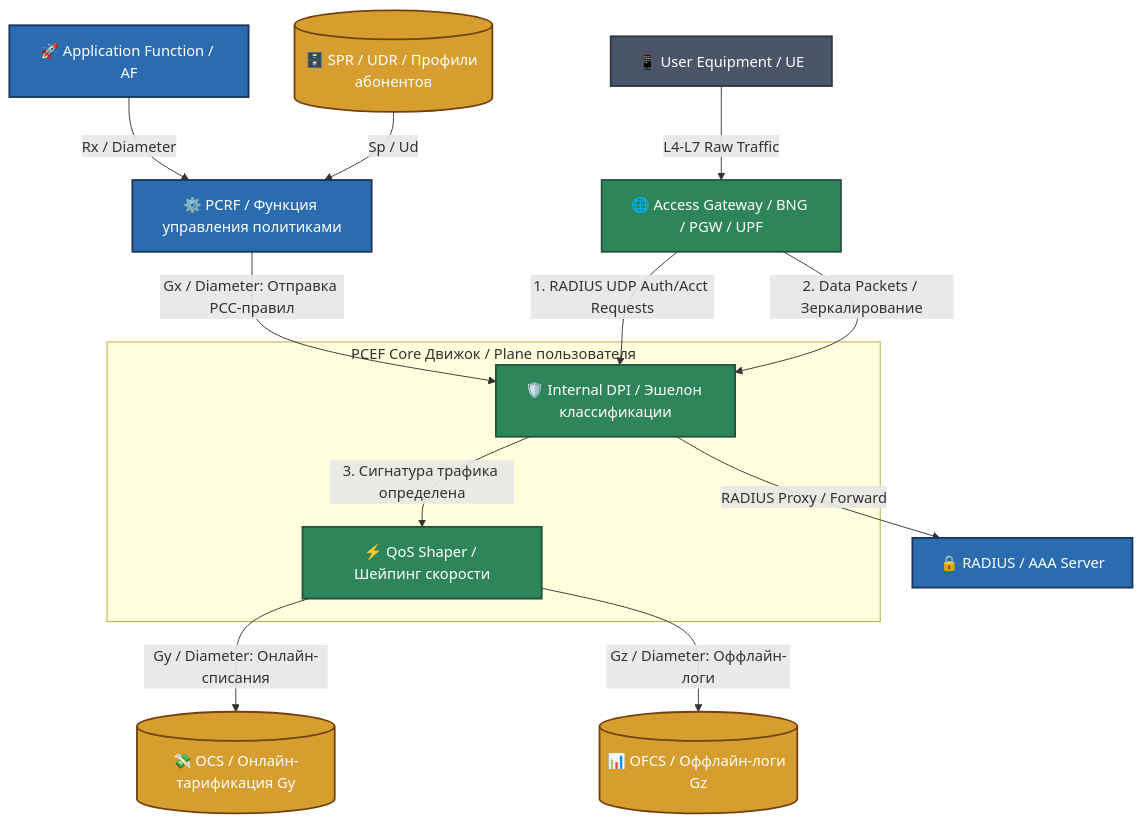
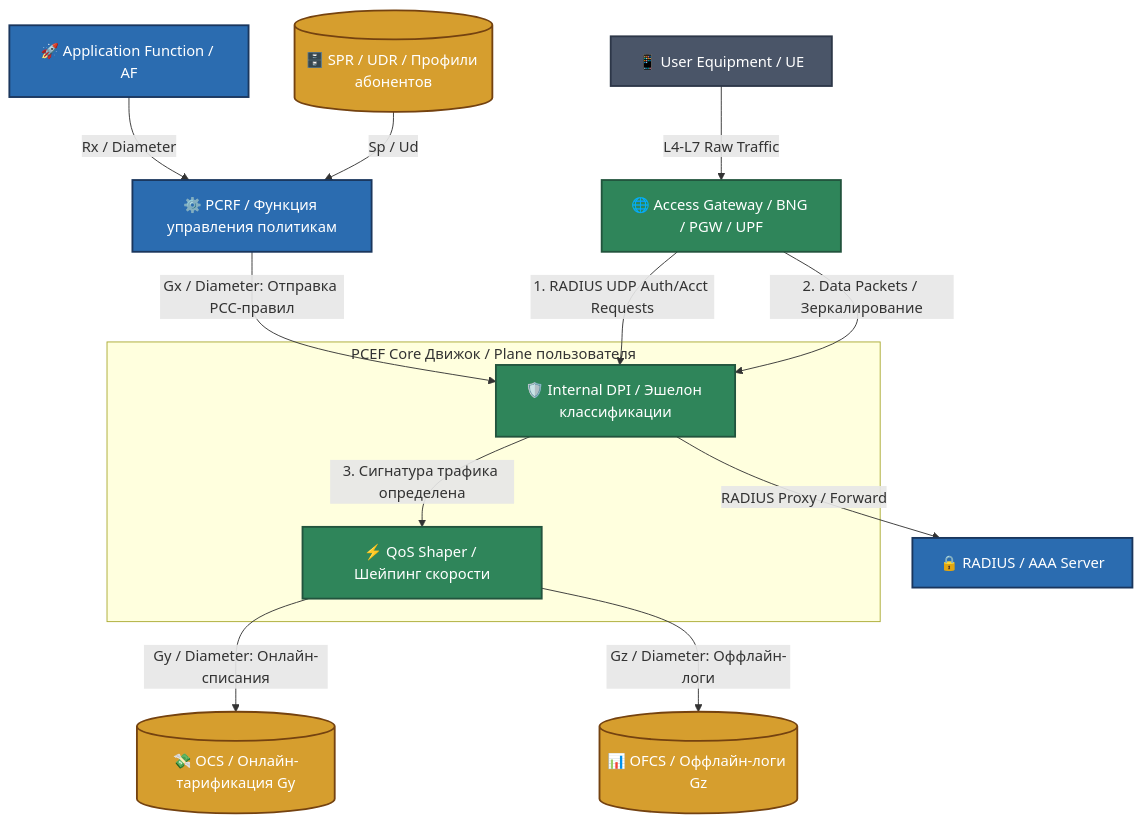
The diagram in README.md (system-highload-architect/pcef-shaper-system), drawn with Mermaid before and after one commit. The commit also changed other lines of this file, not shown here.

Commit message:
docs: updated architecture requirements spec with custom Reactive LRU Cascade Eviction mechanics

````diff
--- a/README.md
+++ b/README.md
@@ -14,50 +14,50 @@
 ```mermaid
 graph TD
     %% Стилизация элементов / Node Styling
     classDef control fill:#2b6cb0,stroke:#1a365d,stroke-width:2px,color:#fff;
     classDef user fill:#2f855a,stroke:#22543d,stroke-width:2px,color:#fff;
     classDef storage fill:#d69e2e,stroke:#744210,stroke-width:2px,color:#fff;
     classDef client fill:#4a5568,stroke:#2d3748,stroke-width:2px,color:#fff;
 
     %% 1. Уровень Пользователей и Шлюзов / User & Gateway Layer
     UE[📱 User Equipment / UE]:::client
     Gateway[🌐 Access Gateway / BNG / PGW / UPF]:::user
 
     %% 2. Изолированный Движок PCEF Core / Isolated PCEF Core Engine
     subgraph PCEF_Core [PCEF Core Движок / Plane пользователя]
         DPI[🛡️ Internal DPI / Эшелон классификации]:::user
         QoS[⚡ QoS Shaper / Шейпинг скорости]:::user
     end
 
     %% 3. Уровень Управляющей Логики / Control Plane Layer
-    PCRF[⚙️ PCRF / Функция управления политиками]:::control
+    PCRF[⚙️ PCRF / Функция управления политикам]:::control
     AF[🚀 Application Function / AF]:::control
 
     %% 4. Внешние Enterprise b2b Сервисы и СУБД / External b2b Services & Storage
     SPR[(🗄️ SPR / UDR / Профили абонентов)]:::storage
     OCS[(💸 OCS / Онлайн-тарификация Gy)]:::storage
     OFCS[(📊 OFCS / Оффлайн-логи Gz)]:::storage
     AAA[🔒 RADIUS / AAA Server]:::control
 
     %% СВЯЗИ И СИГНАЛИЗАЦИЯ / INTERFACES & SIGNALLING
 
     %% Сигнализация в Control Plane
     AF -->|Rx / Diameter| PCRF
     SPR -->|Sp / Ud| PCRF
     
     %% Интерфейс Gx (Управление)
     PCRF -->|Gx / Diameter: Отправка PCC-правил| DPI
     
     %% Поток трафика и RADIUS сессий от Шлюза
     UE -->|L4-L7 Raw Traffic| Gateway
     Gateway -->|1. RADIUS UDP Auth/Acct Requests| DPI
     Gateway -->|2. Data Packets / Зеркалирование| DPI
 
     %% Проксирование RADIUS и тарификация Diameter из PCEF Core
     DPI -->|RADIUS Proxy / Forward| AAA
     QoS -->|Gy / Diameter: Онлайн-списания| OCS
     QoS -->|Gz / Diameter: Оффлайн-логи| OFCS
 
     %% Внутренний конвейер PCEF
     DPI -->|3. Сигнатура трафика определена| QoS
 ```
````
